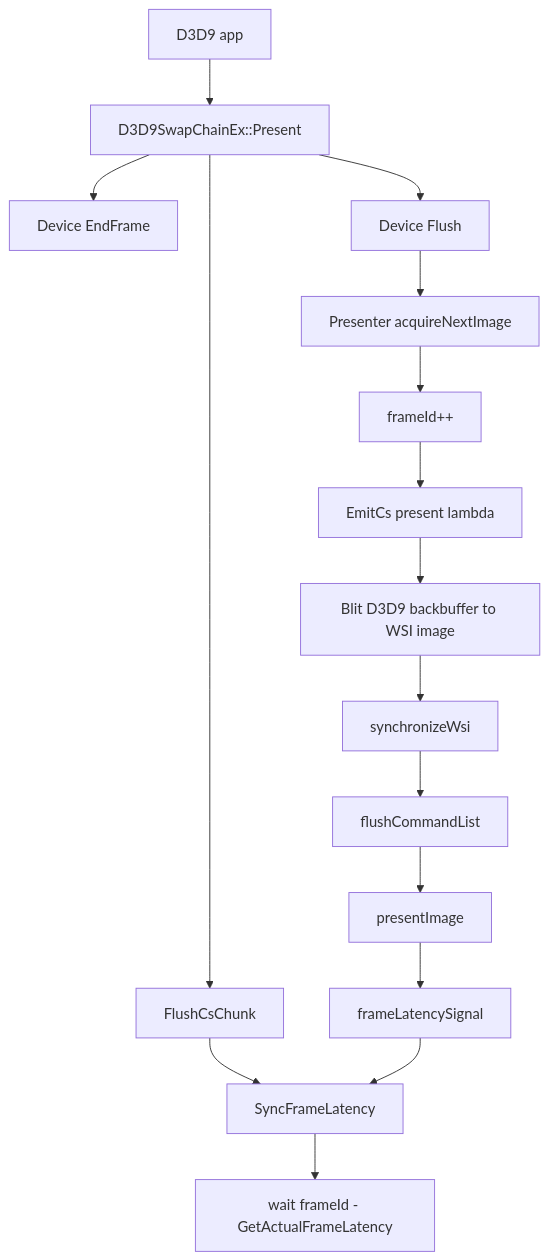
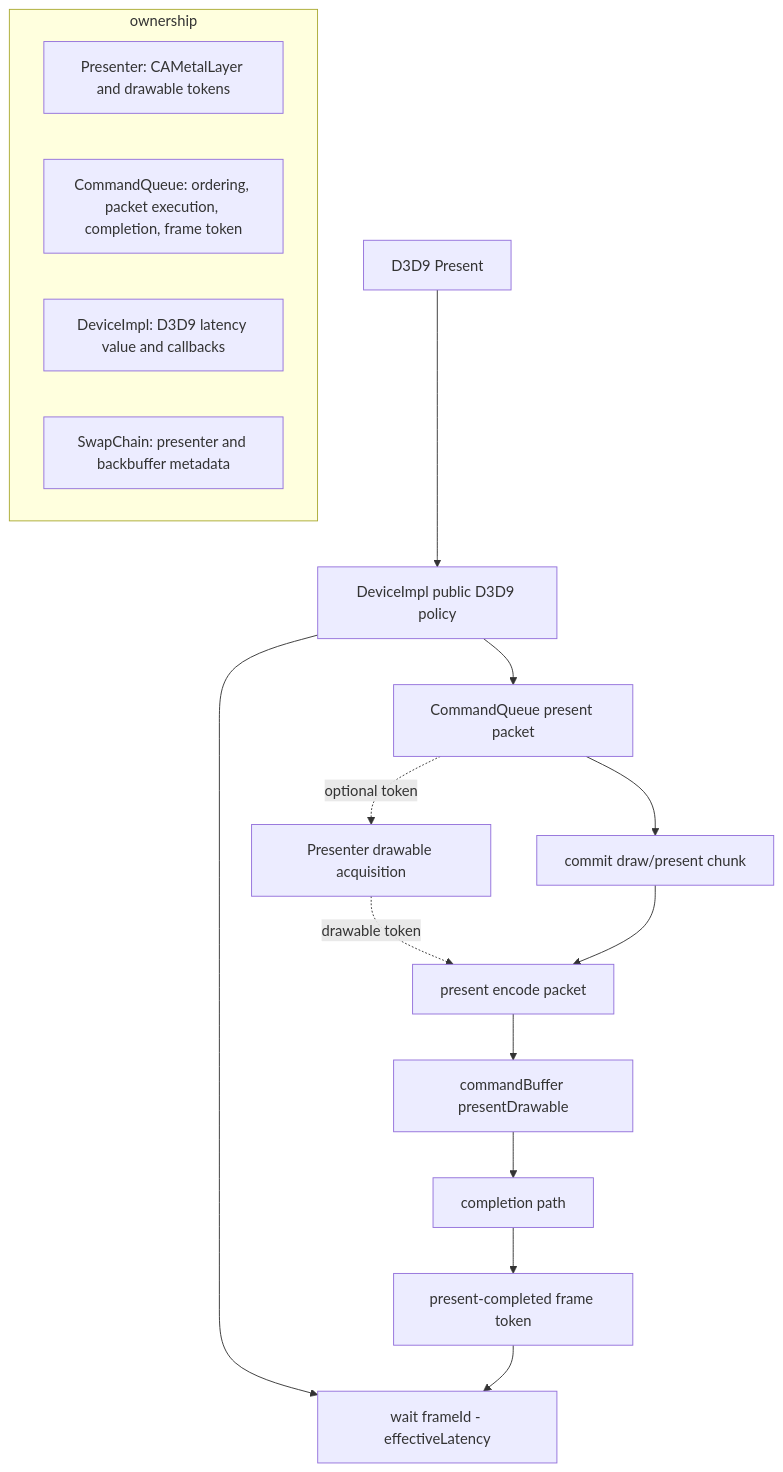
The tenth of 11 diagrams in docs/perfomance-bottleneck.md (dfdgsdfg/dxmt9), drawn with Mermaid before and after one commit. The commit also changed other lines of this file, not shown here.

````diff
--- a/docs/perfomance-bottleneck.md
+++ b/docs/perfomance-bottleneck.md
@@ -597,18 +463,21 @@
 ```mermaid
 flowchart TD
-  App[D3D9 app] --> D3D9[D3D9SwapChainEx::Present]
-  D3D9 --> EndFrame[Device EndFrame]
-  D3D9 --> Flush[Device Flush]
-  Flush --> Acquire[Presenter acquireNextImage]
-  Acquire --> FrameId[frameId++]
-  FrameId --> EmitCS[EmitCs present lambda]
-  EmitCS --> Blit[Blit D3D9 backbuffer to WSI image]
-  Blit --> SyncWSI[synchronizeWsi]
-  SyncWSI --> FlushCmd[flushCommandList]
-  FlushCmd --> QueuePresent[presentImage]
-  QueuePresent --> FrameFence[frameLatencySignal]
-  D3D9 --> FlushCsChunk[FlushCsChunk]
-  FlushCsChunk --> SyncLatency[SyncFrameLatency]
-  FrameFence --> SyncLatency
-  SyncLatency --> WaitRule[wait frameId - GetActualFrameLatency]
+  App[D3D9 Present] --> Device[DeviceImpl public D3D9 policy]
+  Device --> Queue[CommandQueue present packet]
+  Queue --> Flush[commit draw/present chunk]
+  Queue -. optional token .-> Acquire[Presenter drawable acquisition]
+  Acquire -. drawable token .-> PresentPacket[present encode packet]
+  Flush --> PresentPacket
+  PresentPacket --> MTLPresent[commandBuffer presentDrawable]
+  MTLPresent --> Completion[completion path]
+  Completion --> FrameFence[present-completed frame token]
+  Device --> LatencyWait[wait frameId - effectiveLatency]
+  FrameFence --> LatencyWait
+
+  subgraph Ownership["ownership"]
+    PresenterOwn[Presenter: CAMetalLayer and drawable tokens]
+    QueueOwn[CommandQueue: ordering, packet execution, completion, frame token]
+    DeviceOwn[DeviceImpl: D3D9 latency value and callbacks]
+    SwapOwn[SwapChain: presenter and backbuffer metadata]
+  end
 ```
````
